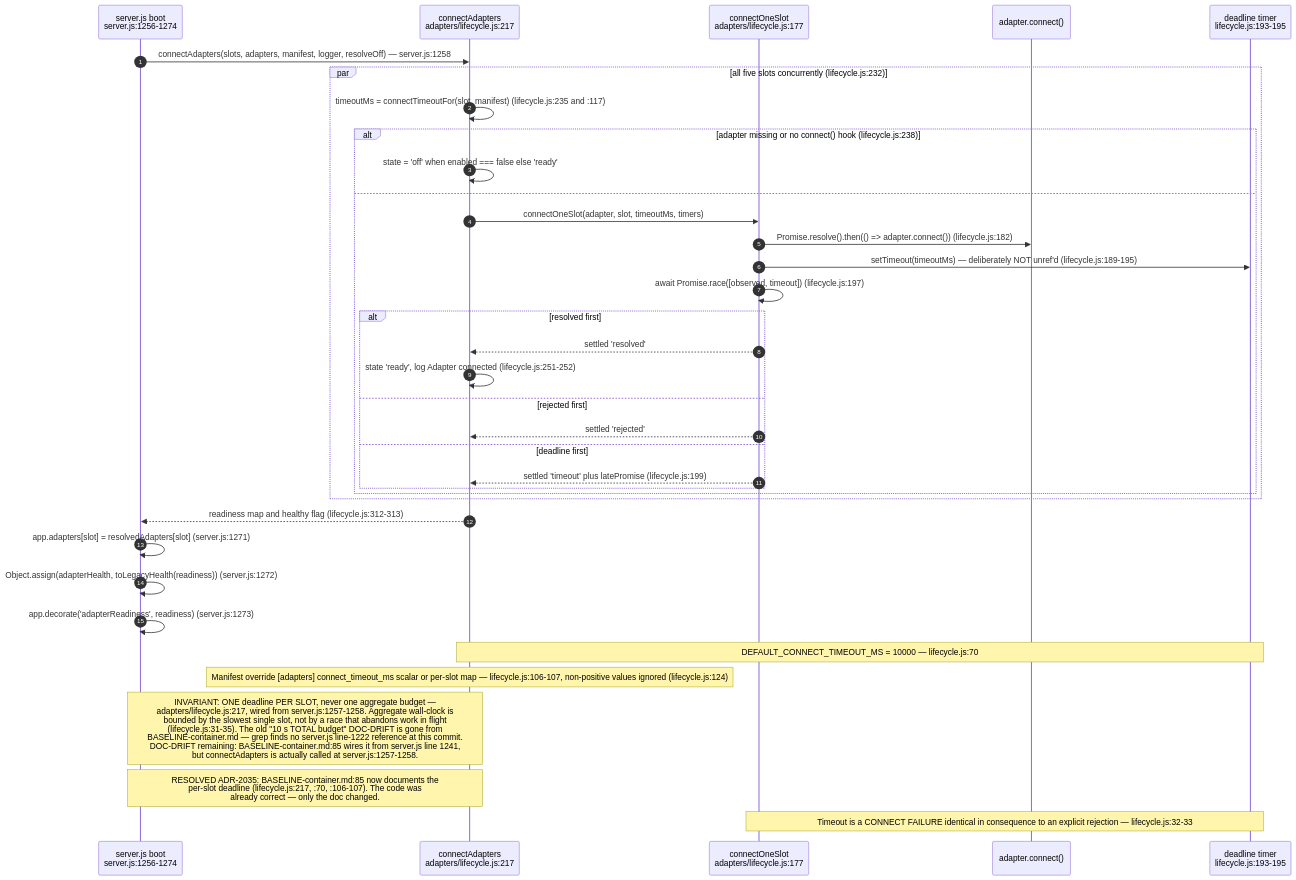
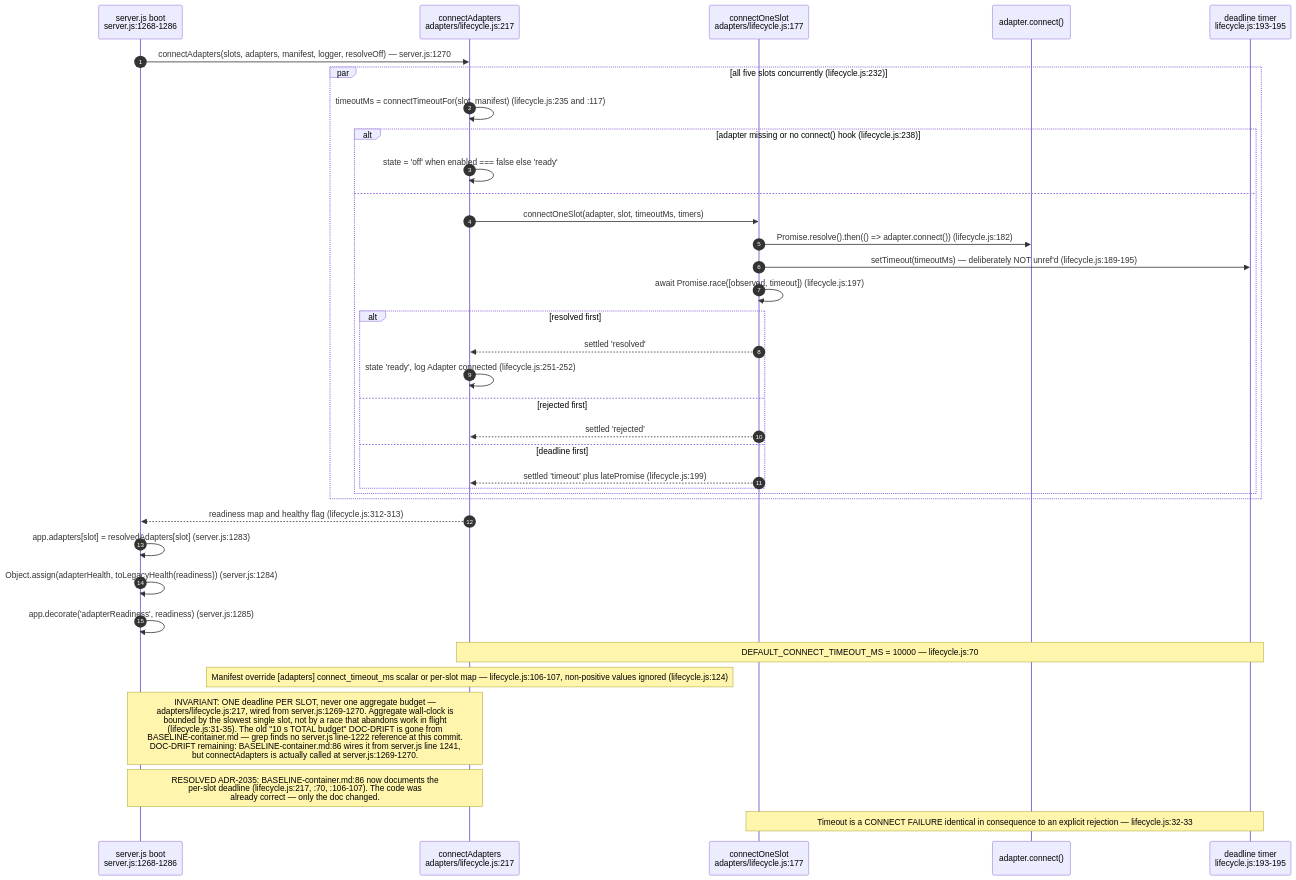
The sixth of 16 diagrams in docs/diagrams/agentbox/04-adapter-spine.md (DreamLab-AI/VisionFlow), drawn with Mermaid before and after one commit. The commit also changed other lines of this file and 28 other files, not shown here.

````diff
--- a/docs/diagrams/agentbox/04-adapter-spine.md
+++ b/docs/diagrams/agentbox/04-adapter-spine.md
@@ -255,39 +255,39 @@
 ```mermaid
 sequenceDiagram
     autonumber
-    participant SV as server.js boot<br/>server.js:1256-1274
+    participant SV as server.js boot<br/>server.js:1268-1286
     participant LC as connectAdapters<br/>adapters/lifecycle.js:217
     participant CO as connectOneSlot<br/>adapters/lifecycle.js:177
     participant AD as adapter.connect()
     participant T as deadline timer<br/>lifecycle.js:193-195
 
-    SV->>LC: connectAdapters(slots, adapters, manifest, logger, resolveOff) — server.js:1258
+    SV->>LC: connectAdapters(slots, adapters, manifest, logger, resolveOff) — server.js:1270
     par all five slots concurrently (lifecycle.js:232)
         LC->>LC: timeoutMs = connectTimeoutFor(slot, manifest) (lifecycle.js:235 and :117)
         alt adapter missing or no connect() hook (lifecycle.js:238)
             LC->>LC: state = 'off' when enabled === false else 'ready'
         else
             LC->>CO: connectOneSlot(adapter, slot, timeoutMs, timers)
             CO->>AD: Promise.resolve().then(() => adapter.connect()) (lifecycle.js:182)
             CO->>T: setTimeout(timeoutMs) — deliberately NOT unref'd (lifecycle.js:189-195)
             CO->>CO: await Promise.race([observed, timeout]) (lifecycle.js:197)
             alt resolved first
                 CO-->>LC: settled 'resolved'
                 LC->>LC: state 'ready', log Adapter connected (lifecycle.js:251-252)
             else rejected first
                 CO-->>LC: settled 'rejected'
             else deadline first
                 CO-->>LC: settled 'timeout' plus latePromise (lifecycle.js:199)
             end
         end
     end
     LC-->>SV: readiness map and healthy flag (lifecycle.js:312-313)
-    SV->>SV: app.adapters[slot] = resolvedAdapters[slot] (server.js:1271)
-    SV->>SV: Object.assign(adapterHealth, toLegacyHealth(readiness)) (server.js:1272)
-    SV->>SV: app.decorate('adapterReadiness', readiness) (server.js:1273)
+    SV->>SV: app.adapters[slot] = resolvedAdapters[slot] (server.js:1283)
+    SV->>SV: Object.assign(adapterHealth, toLegacyHealth(readiness)) (server.js:1284)
+    SV->>SV: app.decorate('adapterReadiness', readiness) (server.js:1285)
     Note over LC,T: DEFAULT_CONNECT_TIMEOUT_MS = 10000 — lifecycle.js:70
     Note over LC: Manifest override [adapters] connect_timeout_ms scalar or per-slot map — lifecycle.js:106-107, non-positive values ignored (lifecycle.js:124)
-    Note over SV,LC: INVARIANT: ONE deadline PER SLOT, never one aggregate budget —<br/>adapters/lifecycle.js:217, wired from server.js:1257-1258. Aggregate wall-clock is<br/>bounded by the slowest single slot, not by a race that abandons work in flight<br/>(lifecycle.js:31-35). The old "10 s TOTAL budget" DOC-DRIFT is gone from<br/>BASELINE-container.md — grep finds no server.js line-1222 reference at this commit.<br/>DOC-DRIFT remaining: BASELINE-container.md:85 wires it from server.js line 1241,<br/>but connectAdapters is actually called at server.js:1257-1258.
-    Note over SV,LC: RESOLVED ADR-2035: BASELINE-container.md:85 now documents the<br/>per-slot deadline (lifecycle.js:217, :70, :106-107). The code was<br/>already correct — only the doc changed.
+    Note over SV,LC: INVARIANT: ONE deadline PER SLOT, never one aggregate budget —<br/>adapters/lifecycle.js:217, wired from server.js:1269-1270. Aggregate wall-clock is<br/>bounded by the slowest single slot, not by a race that abandons work in flight<br/>(lifecycle.js:31-35). The old "10 s TOTAL budget" DOC-DRIFT is gone from<br/>BASELINE-container.md — grep finds no server.js line-1222 reference at this commit.<br/>DOC-DRIFT remaining: BASELINE-container.md:86 wires it from server.js line 1241,<br/>but connectAdapters is actually called at server.js:1269-1270.
+    Note over SV,LC: RESOLVED ADR-2035: BASELINE-container.md:86 now documents the<br/>per-slot deadline (lifecycle.js:217, :70, :106-107). The code was<br/>already correct — only the doc changed.
     Note over CO,T: Timeout is a CONNECT FAILURE identical in consequence to an explicit rejection — lifecycle.js:32-33
 ```
````
